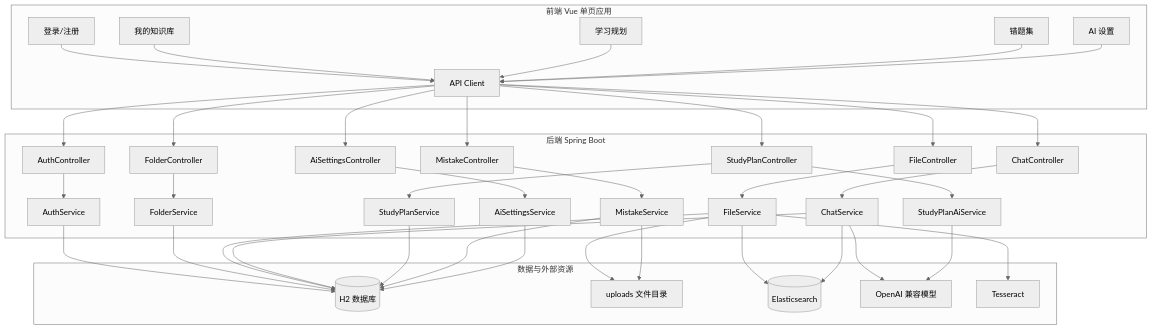
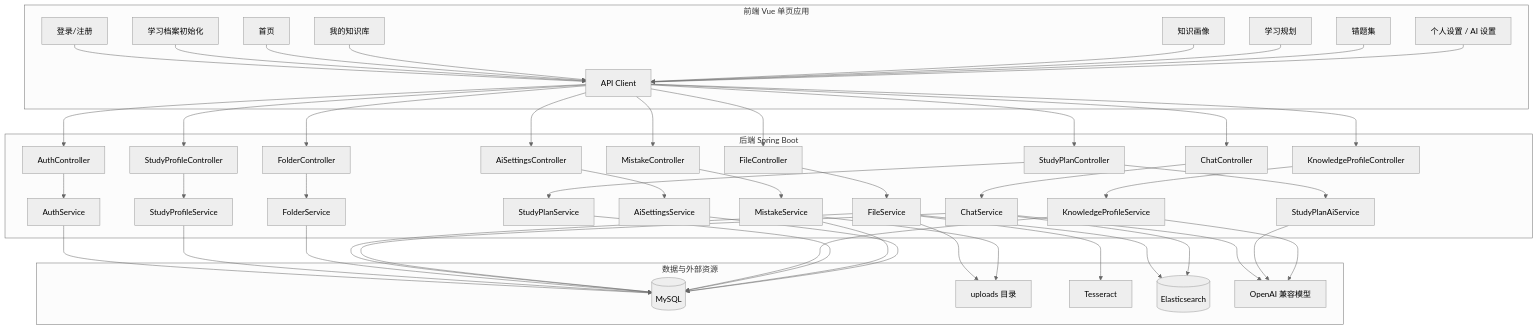
Before and after one commit to LinHonk1128/ips_java: the first of 6 diagrams in docs/04-high-level-design.md, drawn with Mermaid (neutral theme). The commit also changed other lines of this file and 48 other files, not shown here.

````diff
--- a/docs/04-high-level-design.md
+++ b/docs/04-high-level-design.md
@@ -9,77 +9,93 @@
 ```mermaid
 flowchart TB
     subgraph Frontend["前端 Vue 单页应用"]
-        Login["登录/注册"]
+        AuthView["登录/注册"]
+        Onboarding["学习档案初始化"]
+        Home["首页"]
         Knowledge["我的知识库"]
+        Profile["知识画像"]
         Planner["学习规划"]
         Mistakes["错题集"]
-        Settings["AI 设置"]
+        Settings["个人设置 / AI 设置"]
         ApiClient["API Client"]
     end
 
     subgraph Backend["后端 Spring Boot"]
         AuthC["AuthController"]
+        StudyProfileC["StudyProfileController"]
         FolderC["FolderController"]
         FileC["FileController"]
         ChatC["ChatController"]
+        KnowledgeProfileC["KnowledgeProfileController"]
         PlanC["StudyPlanController"]
         MistakeC["MistakeController"]
         AiC["AiSettingsController"]
 
         AuthS["AuthService"]
+        StudyProfileS["StudyProfileService"]
         FolderS["FolderService"]
         FileS["FileService"]
         ChatS["ChatService"]
+        KnowledgeProfileS["KnowledgeProfileService"]
         PlanS["StudyPlanService"]
         PlanAiS["StudyPlanAiService"]
         MistakeS["MistakeService"]
         AiS["AiSettingsService"]
     end
 
-    subgraph Persistence["数据与外部资源"]
-        DB[("H2 数据库")]
-        Upload["uploads 文件目录"]
+    subgraph Resource["数据与外部资源"]
+        DB[("MySQL")]
+        Uploads["uploads 目录"]
+        OCR["Tesseract"]
         ES[("Elasticsearch")]
         LLM["OpenAI 兼容模型"]
-        OCR["Tesseract"]
     end
 
-    Login --> ApiClient
+    AuthView --> ApiClient
+    Onboarding --> ApiClient
+    Home --> ApiClient
     Knowledge --> ApiClient
+    Profile --> ApiClient
     Planner --> ApiClient
     Mistakes --> ApiClient
     Settings --> ApiClient
 
     ApiClient --> AuthC
+    ApiClient --> StudyProfileC
     ApiClient --> FolderC
     ApiClient --> FileC
     ApiClient --> ChatC
+    ApiClient --> KnowledgeProfileC
     ApiClient --> PlanC
     ApiClient --> MistakeC
     ApiClient --> AiC
 
     AuthC --> AuthS
+    StudyProfileC --> StudyProfileS
     FolderC --> FolderS
     FileC --> FileS
     ChatC --> ChatS
+    KnowledgeProfileC --> KnowledgeProfileS
     PlanC --> PlanS
     PlanC --> PlanAiS
     MistakeC --> MistakeS
     AiC --> AiS
 
     AuthS --> DB
+    StudyProfileS --> DB
     FolderS --> DB
     FileS --> DB
     ChatS --> DB
+    KnowledgeProfileS --> DB
     PlanS --> DB
     MistakeS --> DB
     AiS --> DB
-
-    FileS --> Upload
+    FileS --> Uploads
+    MistakeS --> Uploads
     FileS --> OCR
     FileS --> ES
     ChatS --> ES
     ChatS --> LLM
     PlanAiS --> LLM
-    MistakeS --> Upload
+    KnowledgeProfileS --> LLM
 ```
````
